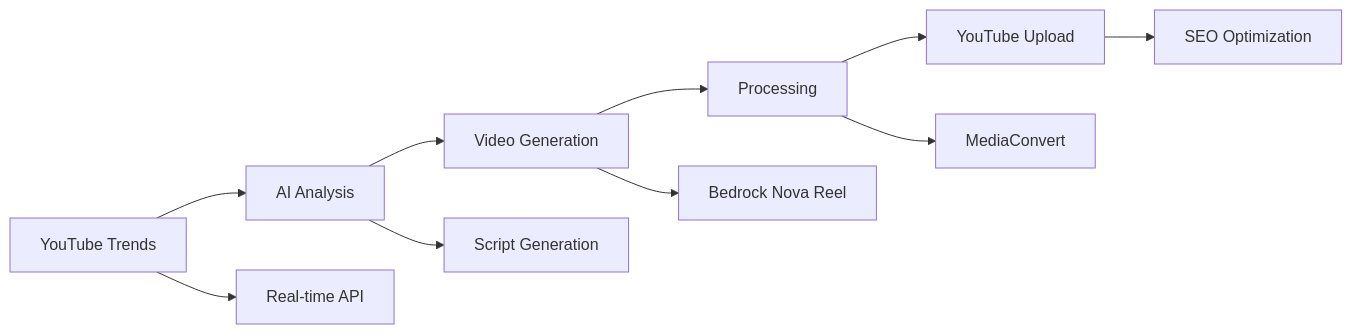
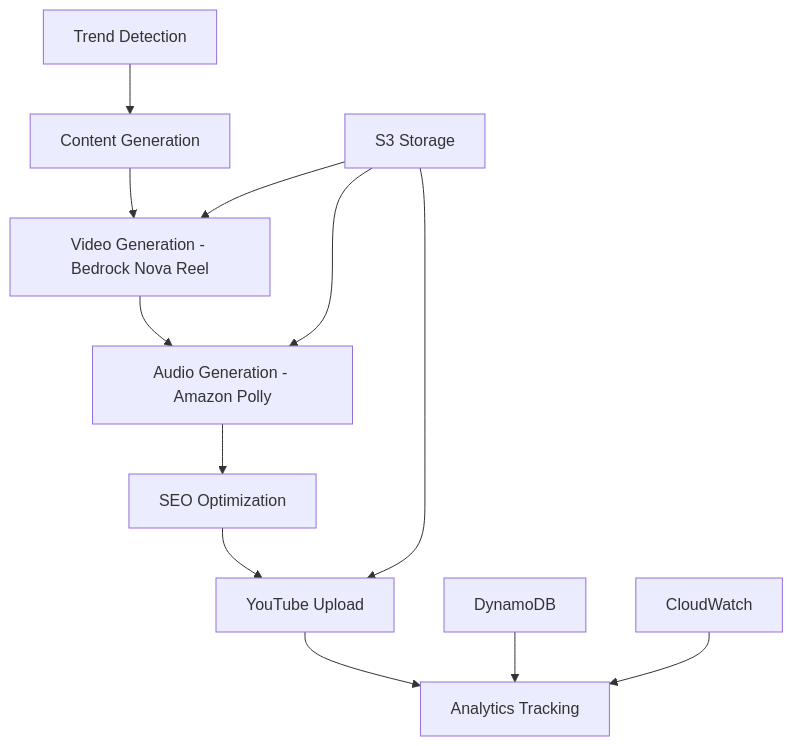
One commit to hitechparadigm/youtubetrends changed the diagram in README.md. Above: the diagram before and after it, drawn with Mermaid. The commit also changed other lines of this file and 122 other files, not shown here.

First line of the commit message:
Complete YouTube Automation Platform - Production Ready

````diff
--- a/README.md
+++ b/README.md
@@ -41,13 +65,16 @@
 ```mermaid
-graph LR
-    A[YouTube Trends] --> B[AI Analysis]
-    B --> C[Video Generation]
-    C --> D[Processing]
-    D --> E[YouTube Upload]
+graph TD
+    A[Trend Detection] --> B[Content Generation]
+    B --> C[Video Generation - Bedrock Nova Reel]
+    C --> D[Audio Generation - Amazon Polly]
+    D --> E[SEO Optimization]
+    E --> F[YouTube Upload]
+    F --> G[Analytics Tracking]
     
-    A --> A1[Real-time API]
-    B --> B1[Script Generation]
-    C --> C1[Bedrock Nova Reel]
-    D --> D1[MediaConvert]
-    E --> E1[SEO Optimization]
+    H[S3 Storage] --> C
+    H --> D
+    H --> F
+    
+    I[DynamoDB] --> G
+    J[CloudWatch] --> G
 ```
````
